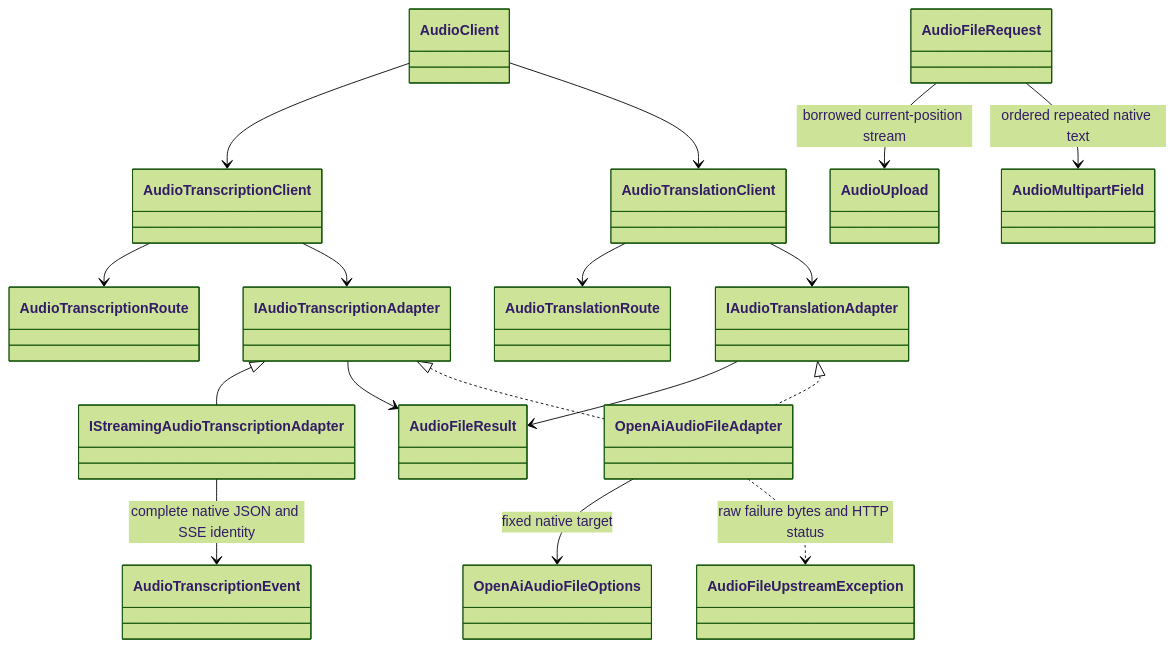
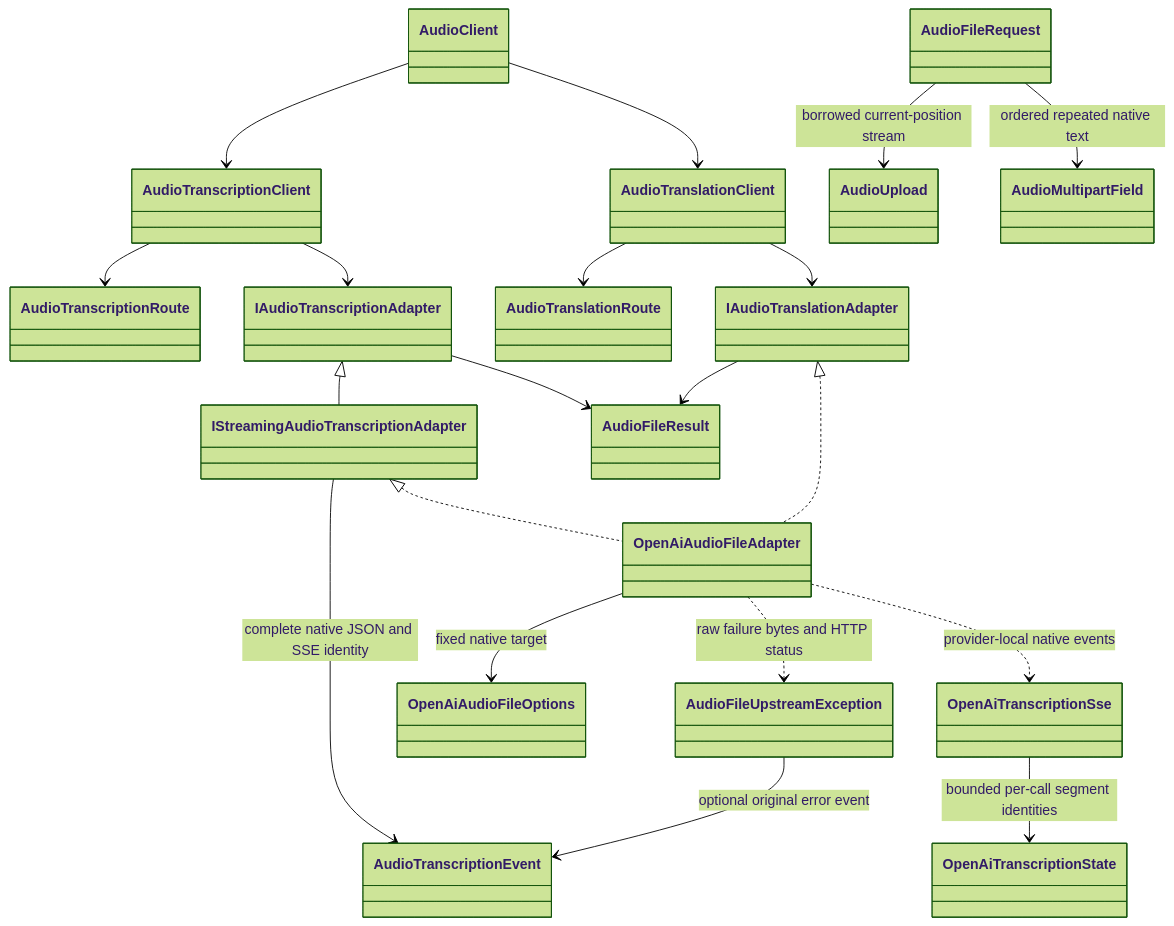
Before and after one commit to BenLampson/Asgard.Loki: diagram 16 of 25 in docs/architecture.md, drawn with Mermaid (forest theme). The commit also changed other lines of this file and 23 other files, not shown here.

Commit message:
feat(audio): preserve native OpenAI transcription streaming events

````diff
--- a/docs/architecture.md
+++ b/docs/architecture.md
@@ -529,19 +529,22 @@
 ```mermaid
 classDiagram
 AudioClient --> AudioTranscriptionClient
 AudioClient --> AudioTranslationClient
 AudioTranscriptionClient --> AudioTranscriptionRoute
 AudioTranslationClient --> AudioTranslationRoute
 AudioTranscriptionClient --> IAudioTranscriptionAdapter
 IAudioTranscriptionAdapter <|-- IStreamingAudioTranscriptionAdapter
 AudioTranslationClient --> IAudioTranslationAdapter
 AudioFileRequest --> AudioUpload : borrowed current-position stream
 AudioFileRequest --> AudioMultipartField : ordered repeated native text
 IAudioTranscriptionAdapter --> AudioFileResult
 IAudioTranslationAdapter --> AudioFileResult
 IStreamingAudioTranscriptionAdapter --> AudioTranscriptionEvent : complete native JSON and SSE identity
-IAudioTranscriptionAdapter <|.. OpenAiAudioFileAdapter
+IStreamingAudioTranscriptionAdapter <|.. OpenAiAudioFileAdapter
 IAudioTranslationAdapter <|.. OpenAiAudioFileAdapter
 OpenAiAudioFileAdapter --> OpenAiAudioFileOptions : fixed native target
 OpenAiAudioFileAdapter ..> AudioFileUpstreamException : raw failure bytes and HTTP status
+OpenAiAudioFileAdapter ..> OpenAiTranscriptionSse : provider-local native events
+OpenAiTranscriptionSse --> OpenAiTranscriptionState : bounded per-call segment identities
+AudioFileUpstreamException --> AudioTranscriptionEvent : optional original error event
 ```
````
